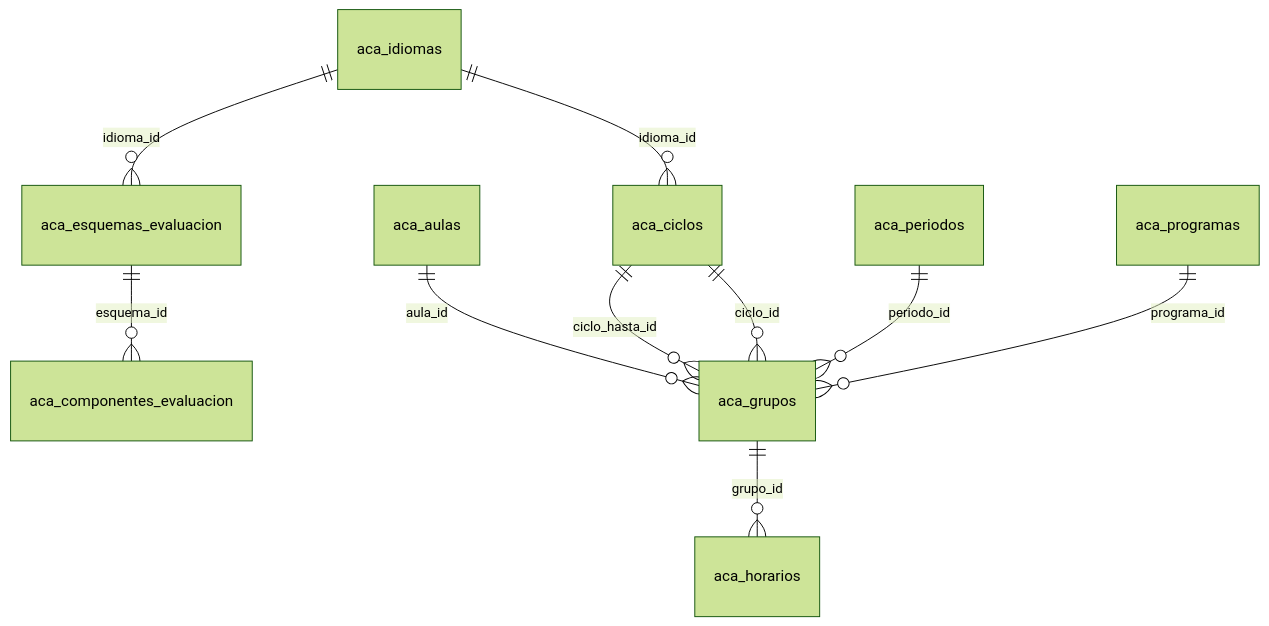
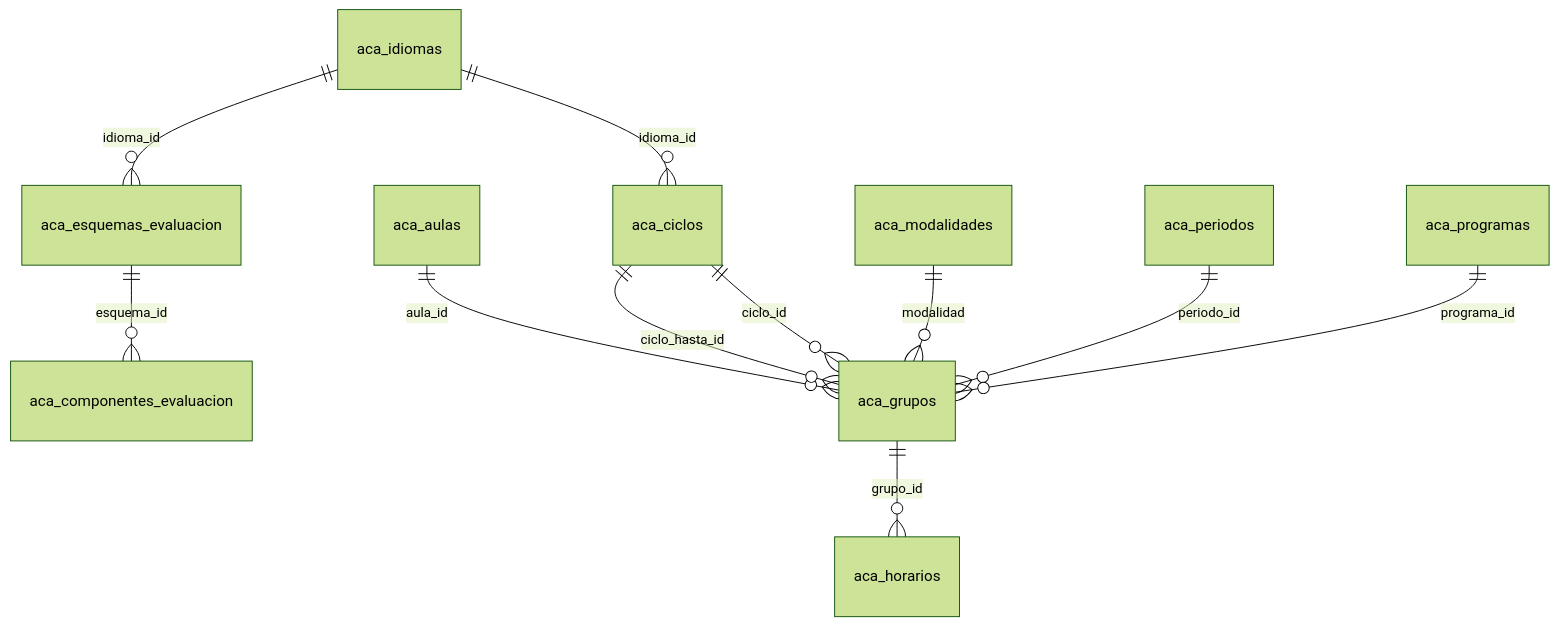
One commit to YomelBarretoFlores/cid-system changed the first of 8 diagrams in docs/manuales/diccionario-de-datos.md. Above: the diagram before and after it, drawn with Mermaid (forest theme). The commit also changed other lines of this file and 11 other files, not shown here.

````diff
--- a/docs/manuales/diccionario-de-datos.md
+++ b/docs/manuales/diccionario-de-datos.md
@@ -40,12 +41,13 @@
 ```mermaid
 erDiagram
     aca_idiomas ||--o{ aca_ciclos : "idioma_id"
     aca_esquemas_evaluacion ||--o{ aca_componentes_evaluacion : "esquema_id"
     aca_idiomas ||--o{ aca_esquemas_evaluacion : "idioma_id"
     aca_aulas ||--o{ aca_grupos : "aula_id"
     aca_ciclos ||--o{ aca_grupos : "ciclo_hasta_id"
     aca_ciclos ||--o{ aca_grupos : "ciclo_id"
+    aca_modalidades ||--o{ aca_grupos : "modalidad"
     aca_periodos ||--o{ aca_grupos : "periodo_id"
     aca_programas ||--o{ aca_grupos : "programa_id"
     aca_grupos ||--o{ aca_horarios : "grupo_id"
 ```
````
